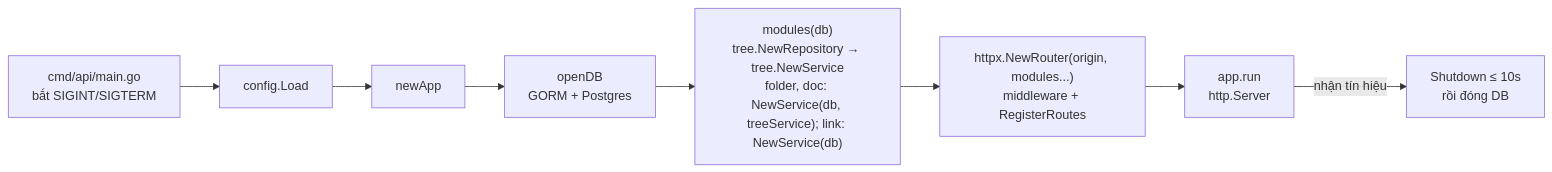
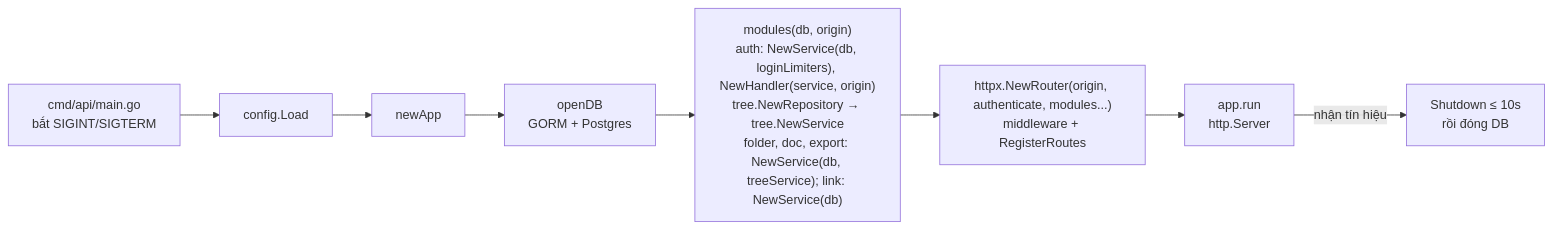
The first of 2 diagrams in docs/backend-map.md (ngtrthvu3007/nodus), drawn with Mermaid before and after one commit. The commit also changed other lines of this file and 3 other files, not shown here.

````diff
--- a/docs/backend-map.md
+++ b/docs/backend-map.md
@@ -42,10 +49,10 @@
 ```mermaid
 flowchart LR
     Main[cmd/api/main.go<br/>bắt SIGINT/SIGTERM] --> Cfg[config.Load]
     Cfg --> New[newApp]
     New --> DB[openDB<br/>GORM + Postgres]
-    DB --> Mods["modules(db)<br/>tree.NewRepository → tree.NewService<br/>folder, doc: NewService(db, treeService); link: NewService(db)"]
-    Mods --> Router["httpx.NewRouter(origin, modules...)<br/>middleware + RegisterRoutes"]
+    DB --> Mods["modules(db, origin)<br/>auth: NewService(db, loginLimiters), NewHandler(service, origin)<br/>tree.NewRepository → tree.NewService<br/>folder, doc, export: NewService(db, treeService); link: NewService(db)"]
+    Mods --> Router["httpx.NewRouter(origin, authenticate, modules...)<br/>middleware + RegisterRoutes"]
     Router --> Run[app.run<br/>http.Server]
     Run -- nhận tín hiệu --> Stop[Shutdown ≤ 10s<br/>rồi đóng DB]
 ```
````
